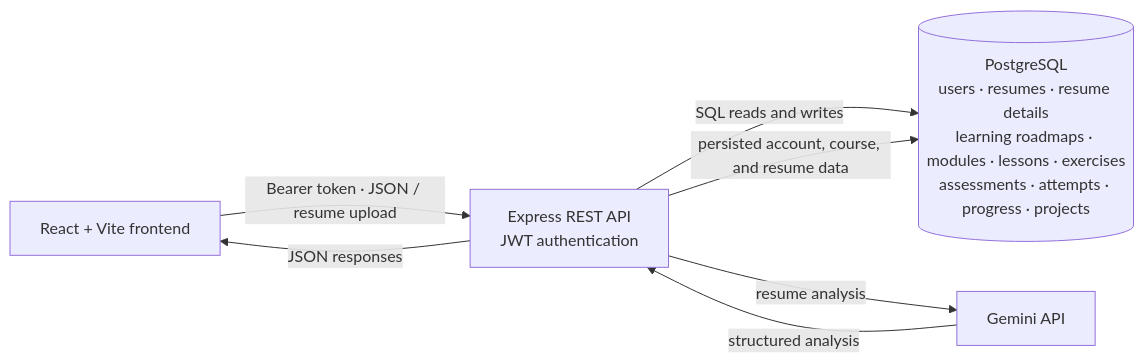
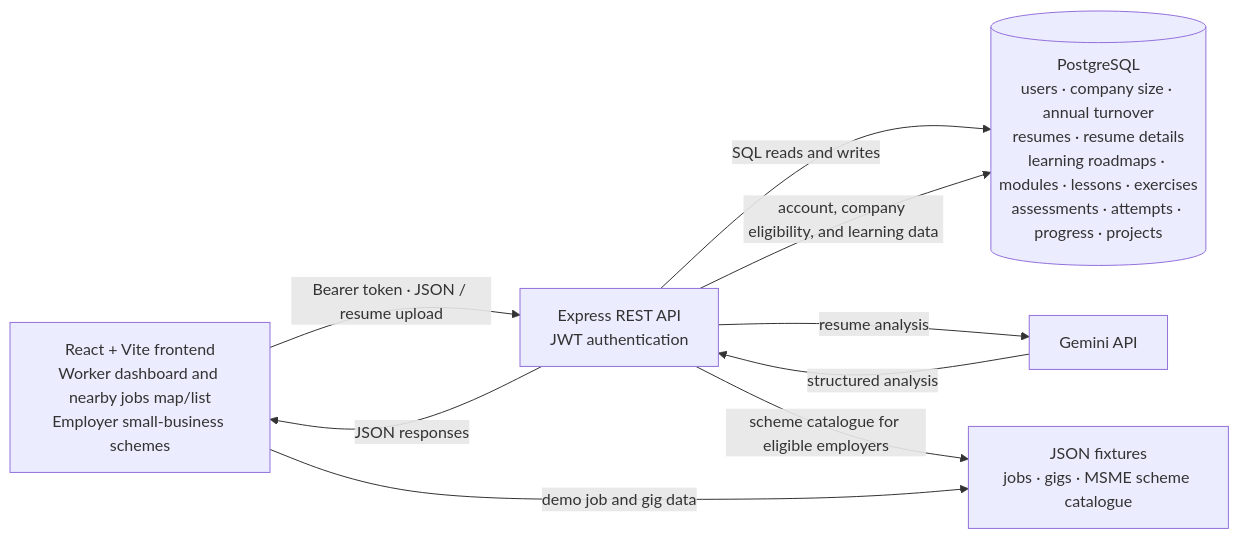
The first of 2 diagrams in README.md (NishiNincia/CareerCrafts), drawn with Mermaid before and after one commit. The commit also changed other lines of this file and 28 other files, not shown here.

````diff
--- a/README.md
+++ b/README.md
@@ -10,13 +10,16 @@
 ```mermaid
 flowchart LR
-    Browser["React + Vite frontend"]
+    Browser["React + Vite frontend<br/>Worker dashboard and nearby jobs map/list<br/>Employer small-business schemes"]
     API["Express REST API<br/>JWT authentication"]
-    DB[("PostgreSQL<br/>users · resumes · resume details<br/>learning roadmaps · modules · lessons · exercises<br/>assessments · attempts · progress · projects")]
+    DB[("PostgreSQL<br/>users · company size · annual turnover<br/>resumes · resume details<br/>learning roadmaps · modules · lessons · exercises<br/>assessments · attempts · progress · projects")]
     AI["Gemini API"]
+    Fixtures["JSON fixtures<br/>jobs · gigs · MSME scheme catalogue"]
     Browser -->|"Bearer token · JSON / resume upload"| API
     API -->|"SQL reads and writes"| DB
     API -->|"resume analysis"| AI
     AI -->|"structured analysis"| API
-    API -->|"persisted account, course, and resume data"| DB
+    API -->|"account, company eligibility, and learning data"| DB
+    API -->|"scheme catalogue for eligible employers"| Fixtures
+    Browser -->|"demo job and gig data"| Fixtures
     API -->|"JSON responses"| Browser
 ```
````
